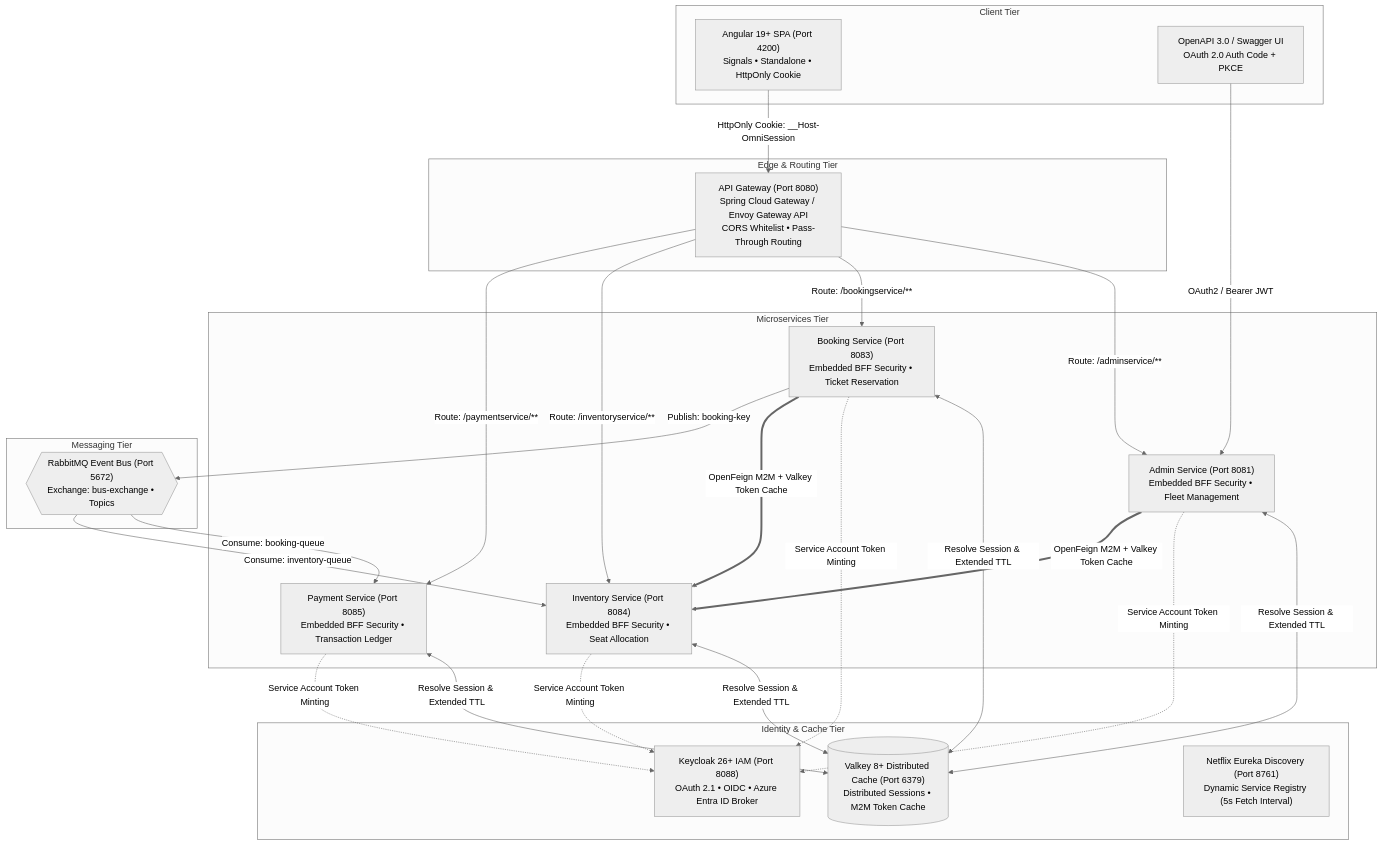
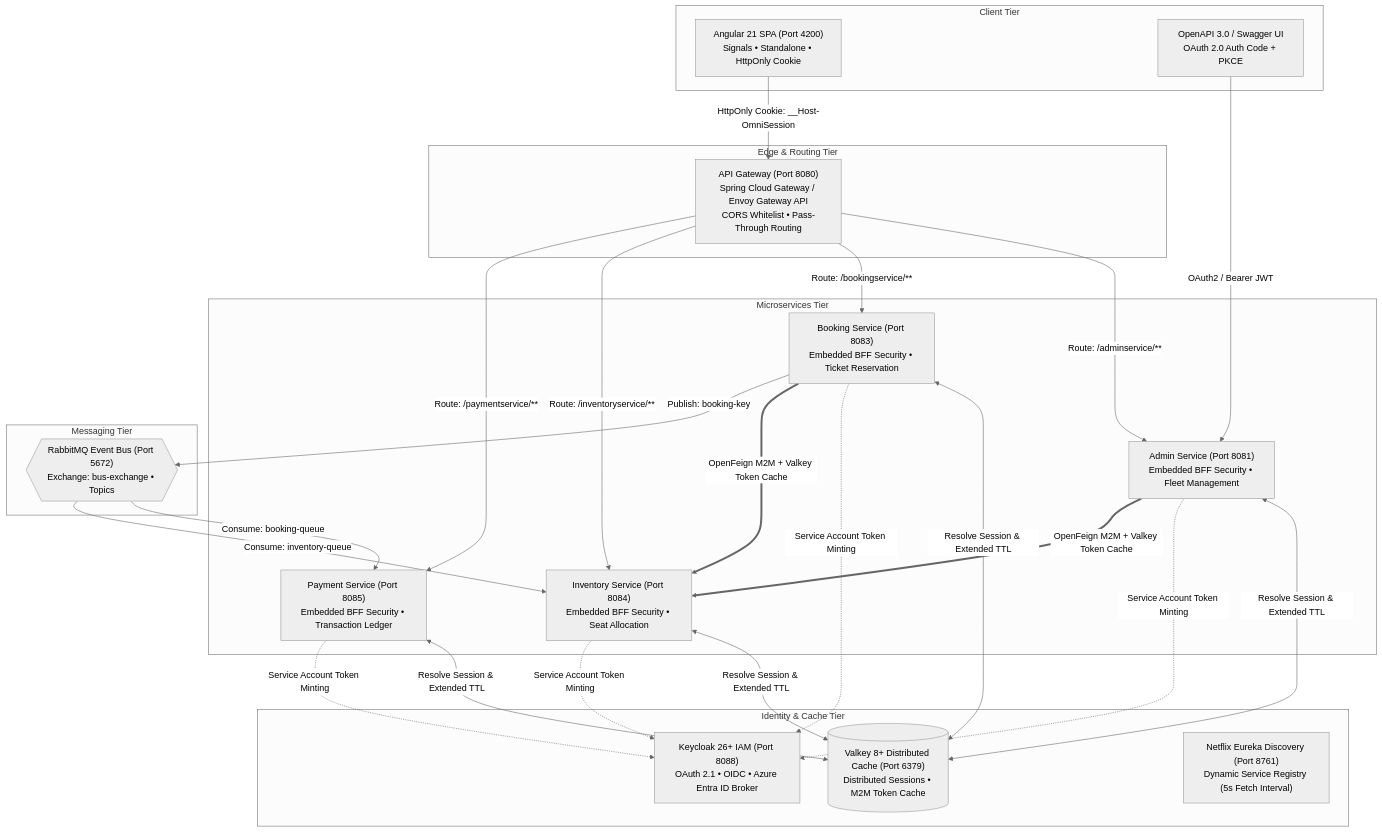
The first of 4 diagrams in DEVELOPER_GUIDE.md (dheeraj29/microservice), drawn with Mermaid (neutral theme) before and after one commit. The commit also changed other lines of this file and 23 other files, not shown here.

Commit message:
Few upgrade to custom MFA, reset pass and multi instance flows

````diff
--- a/DEVELOPER_GUIDE.md
+++ b/DEVELOPER_GUIDE.md
@@ -38,52 +38,52 @@
 ```mermaid
 flowchart TB
     subgraph Client Tier
-        UI["Angular 19+ SPA (Port 4200)<br/>Signals • Standalone • HttpOnly Cookie"]
+        UI["Angular 21 SPA (Port 4200)<br/>Signals • Standalone • HttpOnly Cookie"]
         Swagger["OpenAPI 3.0 / Swagger UI<br/>OAuth 2.0 Auth Code + PKCE"]
     end
 
     subgraph Edge & Routing Tier
         GW["API Gateway (Port 8080)<br/>Spring Cloud Gateway / Envoy Gateway API<br/>CORS Whitelist • Pass-Through Routing"]
     end
 
     subgraph Identity & Cache Tier
         KC["Keycloak 26+ IAM (Port 8088)<br/>OAuth 2.1 • OIDC • Azure Entra ID Broker"]
         VK[("Valkey 8+ Distributed Cache (Port 6379)<br/>Distributed Sessions • M2M Token Cache")]
         EUK["Netflix Eureka Discovery (Port 8761)<br/>Dynamic Service Registry (5s Fetch Interval)"]
     end
 
     subgraph Microservices Tier
         AS["Admin Service (Port 8081)<br/>Embedded BFF Security • Fleet Management"]
         BS["Booking Service (Port 8083)<br/>Embedded BFF Security • Ticket Reservation"]
         IS["Inventory Service (Port 8084)<br/>Embedded BFF Security • Seat Allocation"]
         PS["Payment Service (Port 8085)<br/>Embedded BFF Security • Transaction Ledger"]
     end
 
     subgraph Messaging Tier
         RMQ{{"RabbitMQ Event Bus (Port 5672)<br/>Exchange: bus-exchange • Topics"}}
     end
 
     UI -->|HttpOnly Cookie: __Host-OmniSession| GW
     Swagger -->|OAuth2 / Bearer JWT| AS
     GW -->|Route: /adminservice/**| AS
     GW -->|Route: /bookingservice/**| BS
     GW -->|Route: /inventoryservice/**| IS
     GW -->|Route: /paymentservice/**| PS
 
     AS <-->|Resolve Session & Extended TTL| VK
     BS <-->|Resolve Session & Extended TTL| VK
     IS <-->|Resolve Session & Extended TTL| VK
     PS <-->|Resolve Session & Extended TTL| VK
 
     AS -.->|Service Account Token Minting| KC
     BS -.->|Service Account Token Minting| KC
     IS -.->|Service Account Token Minting| KC
     PS -.->|Service Account Token Minting| KC
 
     BS ==>|OpenFeign M2M + Valkey Token Cache| IS
     AS ==>|OpenFeign M2M + Valkey Token Cache| IS
 
     BS -->|Publish: booking-key| RMQ
     RMQ -->|Consume: booking-queue| PS
     RMQ -->|Consume: inventory-queue| IS
 ```
````
